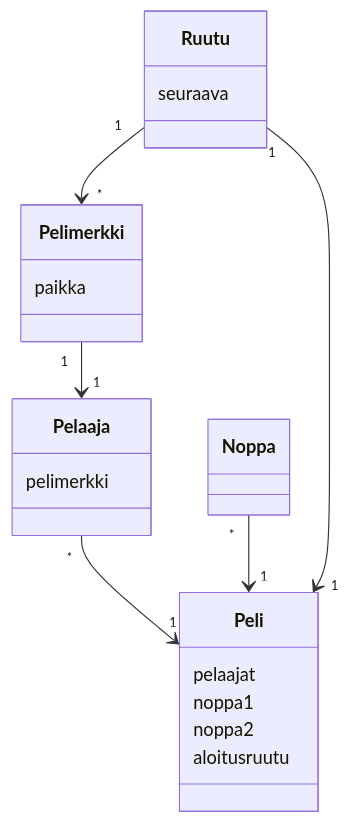
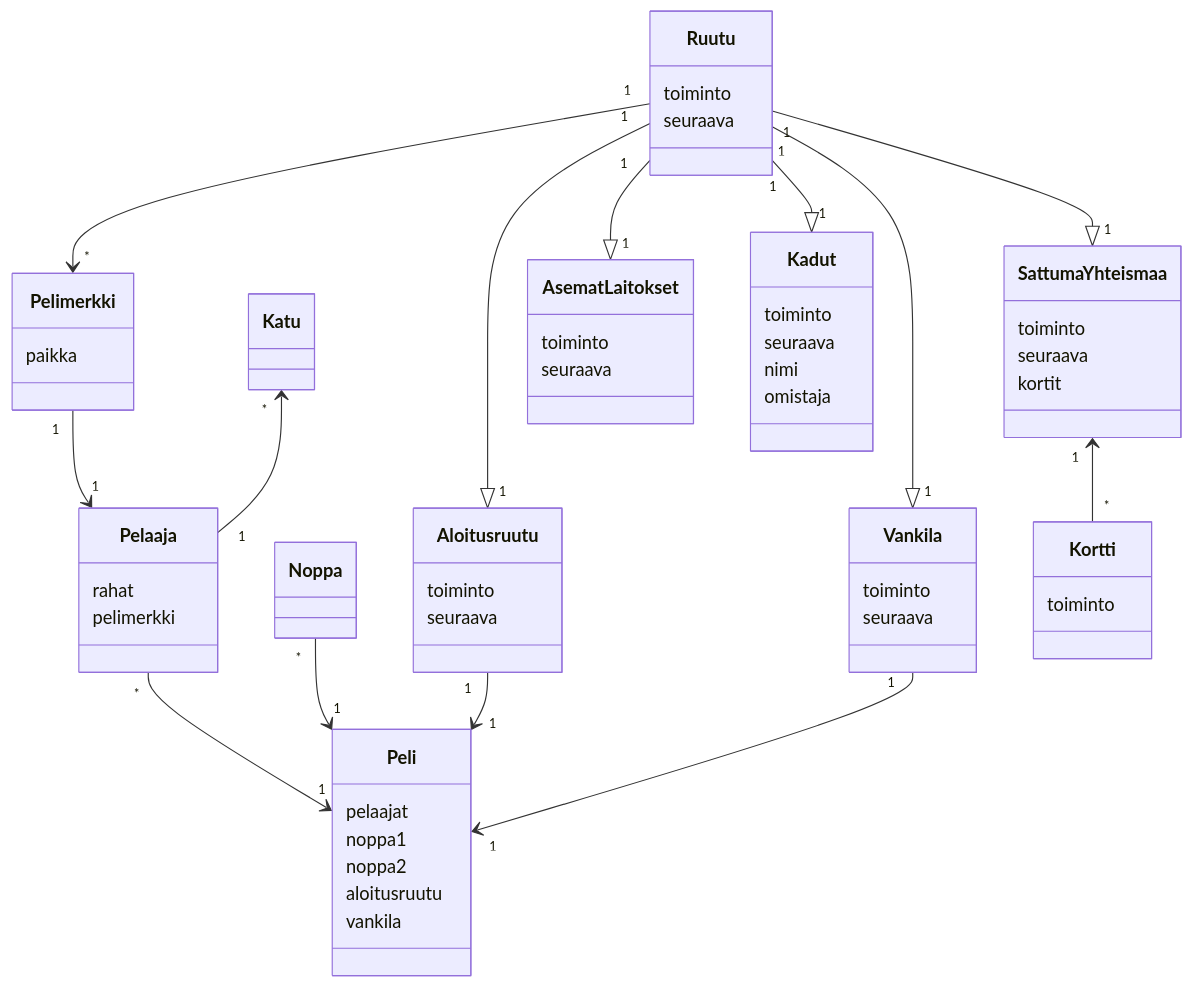
The diagram in laskarit/viikko3/monopoli.md (Capscience/ot-harjoitustyo), drawn with Mermaid before and after one commit. The commit also changed other lines of this file, not shown here.

Commit message:
Modified monopoli.md to fit t.2 requirements

````diff
--- a/laskarit/viikko3/monopoli.md
+++ b/laskarit/viikko3/monopoli.md
@@ -5,25 +7,62 @@
 ```mermaid
 classDiagram
 	Pelimerkki "1" --> "1" Pelaaja
 	Pelaaja "*" --> "1" Peli
 	Noppa "*" --> "1" Peli
-	Ruutu "1" --> "1" Peli
+	Aloitusruutu "1" --> "1" Peli
+	Vankila "1" --> "1" Peli
 	Ruutu "1" --> "*" Pelimerkki
+	Katu "*" <-- "1" Pelaaja
+	Ruutu "1" --|> "1" Aloitusruutu
+	Ruutu "1" --|> "1" Vankila
+	Ruutu "1" --|> "1" SattumaYhteismaa
+	Ruutu "1" --|> "1" AsematLaitokset
+	Ruutu "1" --|> "1" Kadut
+	SattumaYhteismaa "1" <-- "*" Kortti
 	class Pelimerkki{
 	      paikka
 	}
 	class Pelaaja{
-	      pelimerkki
+	      rahat
+		  pelimerkki
 	}
 	class Peli{
 	      pelaajat
 	      noppa1
 	      noppa2
 	      aloitusruutu
+		  vankila
 	}
 	class Ruutu{
+		  toiminto
 	      seuraava
+	}
+	class Aloitusruutu{
+		  toiminto
+		  seuraava
+	}
+	class Vankila{
+		  toiminto
+		  seuraava
+	}
+	class SattumaYhteismaa{
+		  toiminto
+		  seuraava
+		  kortit
+	}
+	class Kortti{
+		  toiminto
+	}
+	class AsematLaitokset{
+		  toiminto
+		  seuraava
+	}
+	class Kadut{
+		  toiminto
+		  seuraava
+		  nimi
+		  omistaja
 	}
 	class Noppa{
 	}
 ```
````
